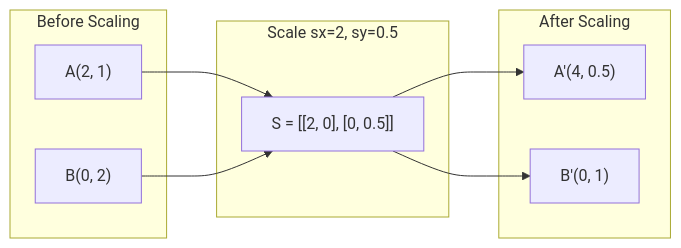
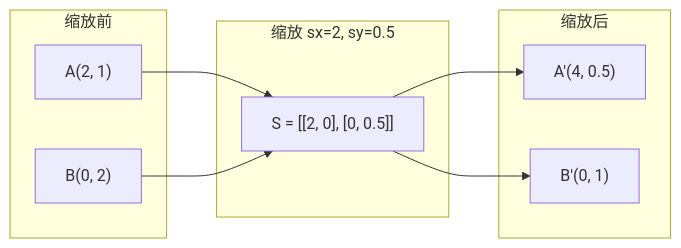
Before and after one commit to alessandrodinisio-ai/ai-engineering-learning-framework: the third of 7 diagrams in phases/01-math-foundations/03-matrix-transformations/docs/zh.md, drawn with Mermaid. The commit also changed other lines of this file and 120 other files, not shown here.

First line of the commit message:
i18n(mermaid): 337 个 mermaid 图表标签中文化

````diff
--- a/phases/01-math-foundations/03-matrix-transformations/docs/zh.md
+++ b/phases/01-math-foundations/03-matrix-transformations/docs/zh.md
@@ -87,16 +87,16 @@
 ```mermaid
 graph LR
-    subgraph Before["Before Scaling"]
+    subgraph Before["缩放前"]
         A["A(2, 1)"]
         B["B(0, 2)"]
     end
-    subgraph Scale["Scale sx=2, sy=0.5"]
+    subgraph Scale["缩放 sx=2, sy=0.5"]
         S["S = [[2, 0], [0, 0.5]]"]
     end
-    subgraph After["After Scaling"]
+    subgraph After["缩放后"]
         Ap["A'(4, 0.5)"]
         Bp["B'(0, 1)"]
     end
     A --> S --> Ap
     B --> S --> Bp
 ```
````
